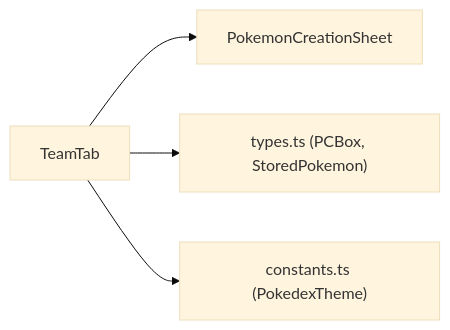
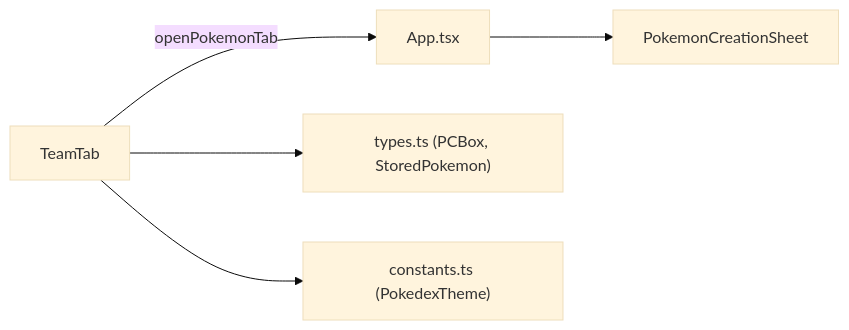
Before and after one commit to JulioFabio/trainer-card-pro: the diagram in docs/TeamTab.md, drawn with Mermaid (base theme). The commit also changed other lines of this file and 39 other files, not shown here.

````diff
--- a/docs/TeamTab.md
+++ b/docs/TeamTab.md
@@ -110,6 +107,7 @@
 ```mermaid
 graph LR
-    TT["TeamTab"] --> PCS["PokemonCreationSheet"]
+    TT["TeamTab"] -->|openPokemonTab| App["App.tsx"]
+    App --> PCS["PokemonCreationSheet"]
     TT --> Types["types.ts (PCBox, StoredPokemon)"]
     TT --> Const["constants.ts (PokedexTheme)"]
 ```
````
